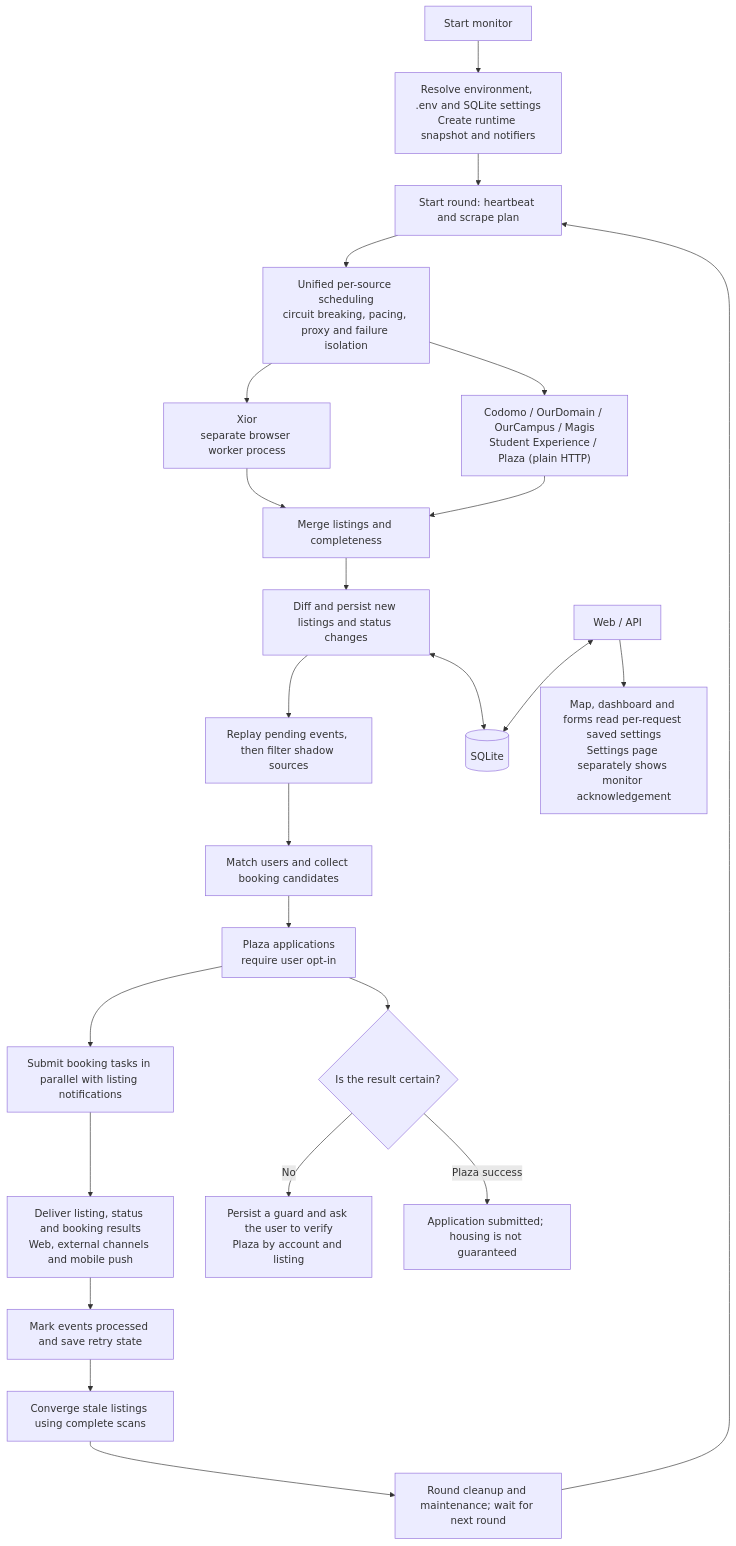
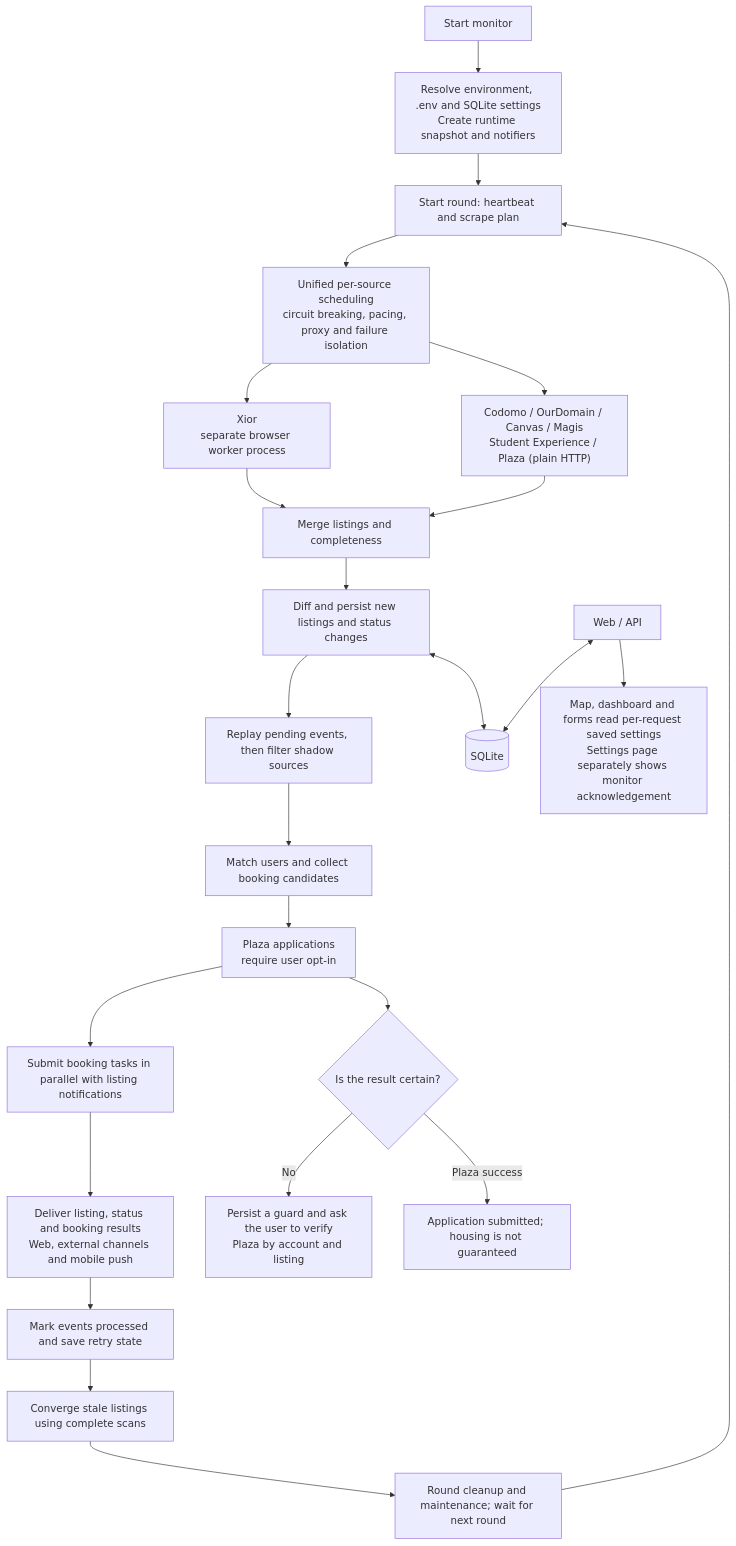
One commit to 751K/Flatradar changed the diagram in docs/dataflow_en.mmd. Above: the diagram before and after it, drawn with Mermaid. The commit also changed 100 other files, not shown here.

Commit message:
feat(canvas): OurCampus 改名 Canvas，接新门户；Contact 判抽签，报到手价

```diff
--- a/docs/dataflow_en.mmd
+++ b/docs/dataflow_en.mmd
@@ -1,24 +1,24 @@
 flowchart TD
     A["Start monitor"] --> B["Resolve environment, .env and SQLite settings<br/>Create runtime snapshot and notifiers"]
     B --> C["Start round: heartbeat and scrape plan"]
     C --> D["Unified per-source scheduling<br/>circuit breaking, pacing, proxy and failure isolation"]
     D --> E["Xior<br/>separate browser worker process"]
-    D --> F["Codomo / OurDomain / OurCampus / Magis<br/>Student Experience / Plaza (plain HTTP)"]
+    D --> F["Codomo / OurDomain / Canvas / Magis<br/>Student Experience / Plaza (plain HTTP)"]
     E --> G["Merge listings and completeness"]
     F --> G
     G --> H["Diff and persist new listings and status changes"]
     H --> I["Replay pending events, then filter shadow sources"]
     I --> J["Match users and collect booking candidates"]
     J --> K["Plaza applications<br/>require user opt-in"]
     K --> L["Submit booking tasks in parallel with listing notifications"]
     L --> M["Deliver listing, status and booking results<br/>Web, external channels and mobile push"]
     M --> N["Mark events processed and save retry state"]
     N --> O["Converge stale listings using complete scans"]
     O --> P["Round cleanup and maintenance; wait for next round"]
     P --> C
     K --> Q{"Is the result certain?"}
     Q -->|No| R["Persist a guard and ask the user to verify<br/>Plaza by account and listing"]
     Q -->|Plaza success| T["Application submitted; housing is not guaranteed"]
     W["Web / API"] <--> DB[("SQLite")]
     H <--> DB
     W --> X["Map, dashboard and forms read per-request saved settings<br/>Settings page separately shows monitor acknowledgement"]
```
